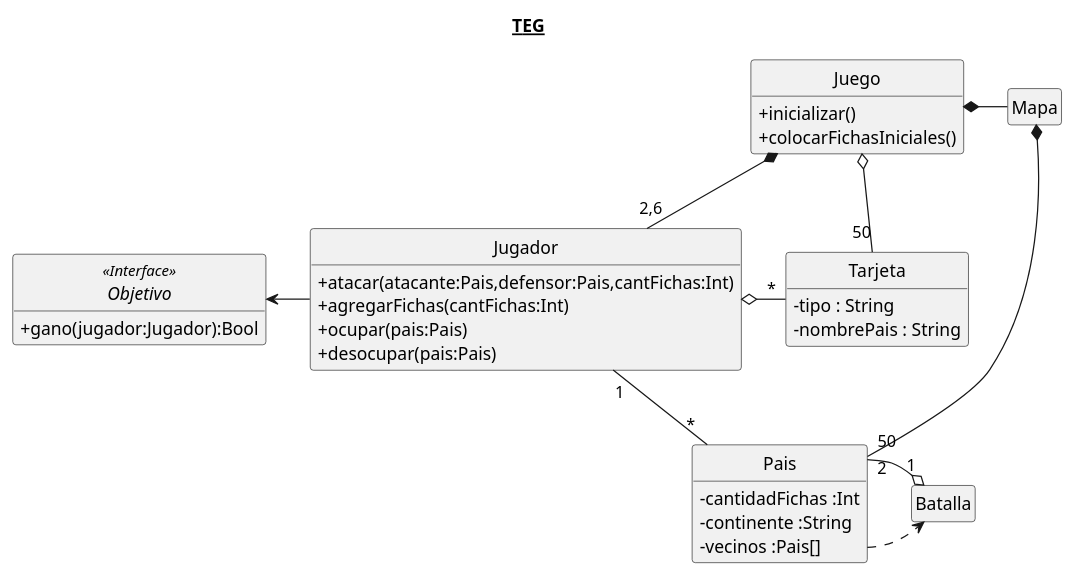
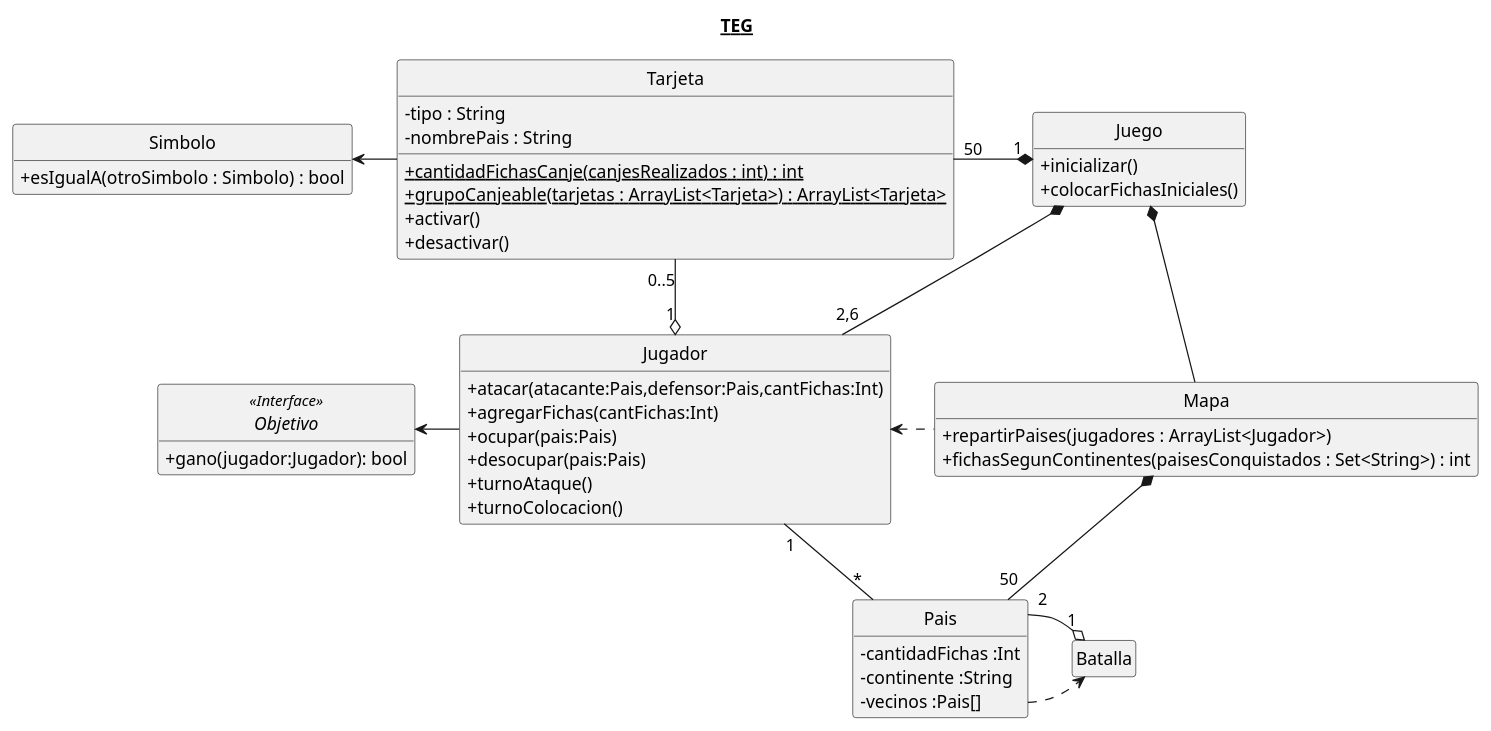
The diagram in UML/Clases.plantuml (Gabrielsem/A.L.T.E.G.O.), drawn with PlantUML before and after one commit. The commit also changed 2 other files, not shown here.

Commit message:
Actualizo UML y saco comentarios de Mapa

```diff
--- a/UML/Clases.plantuml
+++ b/UML/Clases.plantuml
@@ -1,53 +1,71 @@
 @startuml
 skinparam style strictuml
 skinparam classAttributeIconSize 0
 skinparam monochrome true
 hide empty members
 
 title **__TEG__**
 
 class Juego{
 	+ inicializar()
     + colocarFichasIniciales()
 }
 class Mapa{
-	
+    + repartirPaises(jugadores : ArrayList<Jugador>)
+    + fichasSegunContinentes(paisesConquistados : Set<String>) : int 	
 }
+
 class Pais{
 	- cantidadFichas :Int
 	- continente :String
 	- vecinos :Pais[]
 }
 class Jugador{
     + atacar(atacante:Pais,defensor:Pais,cantFichas:Int)
     + agregarFichas(cantFichas:Int)
     + ocupar(pais:Pais)
     + desocupar(pais:Pais)
+    + turnoAtaque()
+    + turnoColocacion()
 }
+
 Interface Objetivo<<Interface>>{
-	+ gano(jugador:Jugador):Bool
+	+ gano(jugador:Jugador): bool
 }
+
 class Tarjeta{
     - tipo : String
     - nombrePais : String
+    {static} + cantidadFichasCanje(canjesRealizados : int) : int
+    {static} + grupoCanjeable(tarjetas : ArrayList<Tarjeta>) : ArrayList<Tarjeta>
+    + activar()
+    + desactivar()
 }
 
-class Batalla{
+class Batalla {
 
+}
+
+class Simbolo {
+    + esIgualA(otroSimbolo : Simbolo) : bool
 }
 
 Pais .> Batalla
 Batalla  "1" o- "2" Pais
 
 Juego *- Mapa
 Mapa *- "50" Pais
 
 Juego *-- "2,6" Jugador
 
 Jugador "1"--"*" Pais
 
 Jugador -left> Objetivo
-Jugador o- "*" Tarjeta
-Juego o-- "50" Tarjeta
+Tarjeta "0..5" --o "1" Jugador
+Juego "1" *-l "50" Tarjeta: "\t"
+
+Tarjeta -l> Simbolo
+
+Mapa .l> Jugador
 
 @enduml
```
